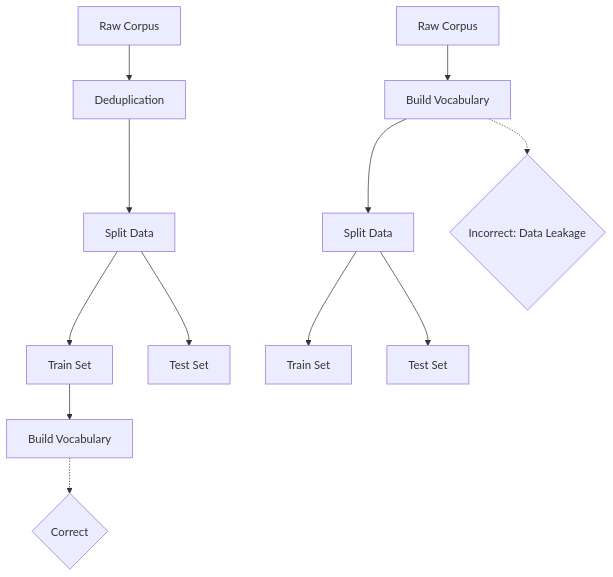
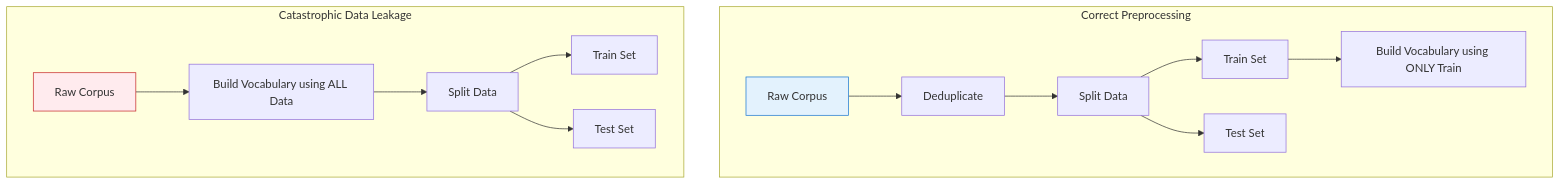
Before and after one commit to Raunak4518/nlp: the diagram in docs/02-nlp-pipeline-and-preprocessing/data-collection-and-splits.md, drawn with Mermaid. The commit also changed other lines of this file and 35 other files, not shown here.

````diff
--- a/docs/02-nlp-pipeline-and-preprocessing/data-collection-and-splits.md
+++ b/docs/02-nlp-pipeline-and-preprocessing/data-collection-and-splits.md
@@ -22,15 +34,20 @@
 ```mermaid
 flowchart TD
-    A[Raw Corpus] --> B[Deduplication]
-    B --> C[Split Data]
-    C --> D[Train Set]
-    C --> E[Test Set]
-    D --> F[Build Vocabulary]
-    F -.-> G{Correct}
+    subgraph Correct Preprocessing
+        A[Raw Corpus] --> B[Deduplicate]
+        B --> C[Split Data]
+        C --> D[Train Set]
+        C --> E[Test Set]
+        D --> F[Build Vocabulary using ONLY Train]
+    end
+
+    subgraph Catastrophic Data Leakage
+        A2[Raw Corpus] --> B2[Build Vocabulary using ALL Data]
+        B2 --> C2[Split Data]
+        C2 --> D2[Train Set]
+        C2 --> E2[Test Set]
+    end
     
-    A2[Raw Corpus] --> B2[Build Vocabulary]
-    B2 --> C2[Split Data]
-    C2 --> D2[Train Set]
-    C2 --> E2[Test Set]
-    B2 -.-> H{Incorrect: Data Leakage}
+    style A fill:#e3f2fd,stroke:#1976d2
+    style A2 fill:#ffebee,stroke:#c62828
 ```
````
